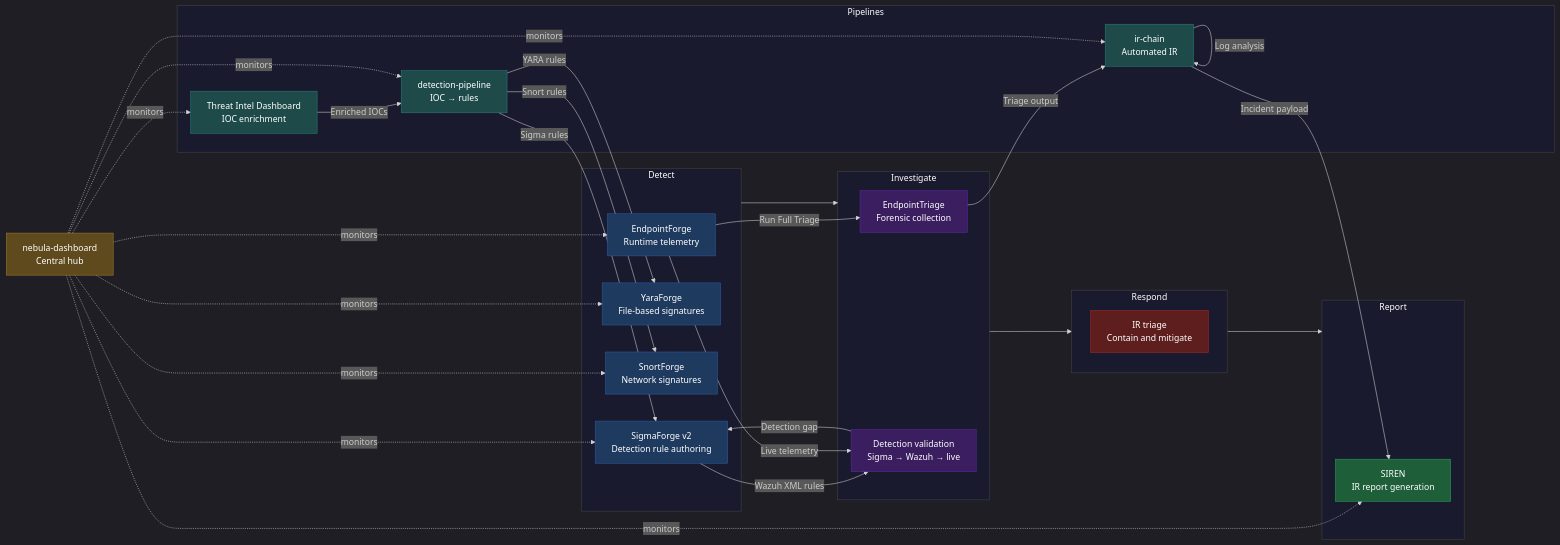
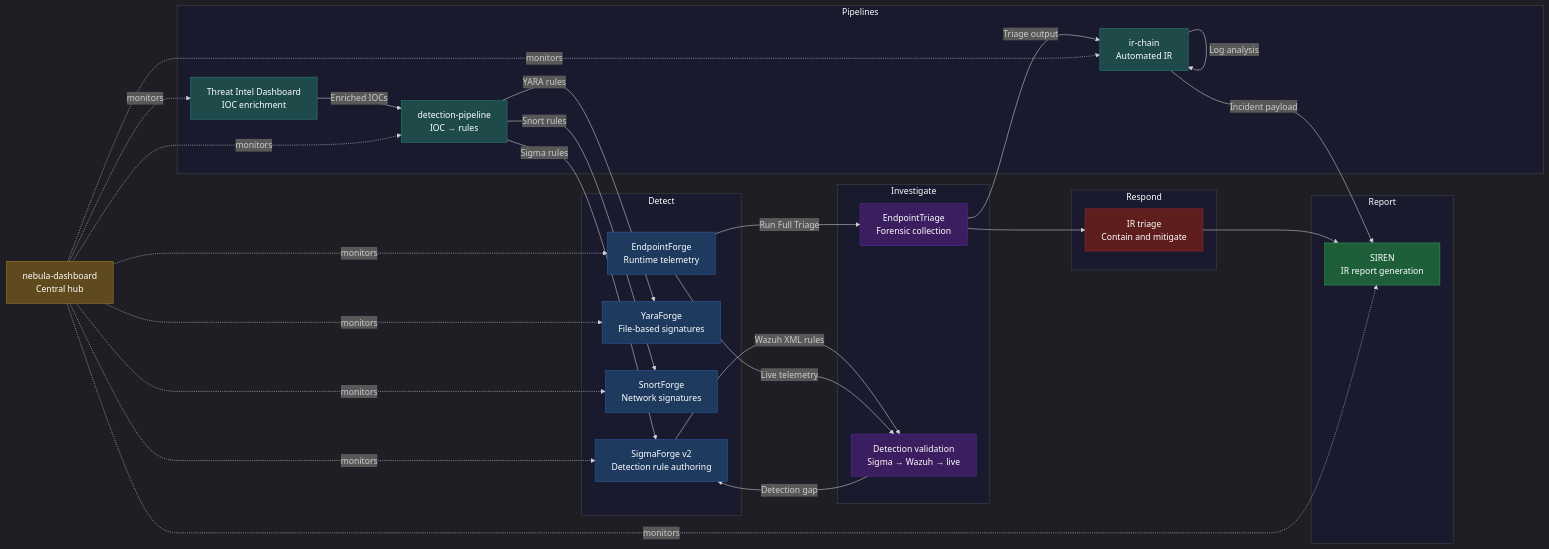
Before and after one commit to Rootless-Ghost/Nebula-Forge: the diagram in README.md, drawn with Mermaid.

````diff
--- a/README.md
+++ b/README.md
@@ -17,71 +17,71 @@
 ```mermaid
 %%{init: {'theme': 'dark', 'themeVariables': {'clusterBkg': '#1a1a2e', 'clusterBorder': '#444', 'titleColor': '#ffffff'}}}%%
 flowchart LR
     subgraph Detect
         SF[SigmaForge v2\nDetection rule authoring]
         YF[YaraForge\nFile-based signatures]
         SNF[SnortForge\nNetwork signatures]
         EF[EndpointForge\nRuntime telemetry]
     end
 
     subgraph Investigate
         ET[EndpointTriage\nForensic collection]
         DV[Detection validation\nSigma → Wazuh → live]
     end
 
     subgraph Respond
         IR[IR triage\nContain and mitigate]
     end
 
     subgraph Report
         SR[SIREN\nIR report generation]
     end
 
     subgraph Pipelines
         TI[Threat Intel Dashboard\nIOC enrichment]
         DP[detection-pipeline\nIOC → rules]
         IC[ir-chain\nAutomated IR]
     end
 
     ND[nebula-dashboard\nCentral hub]
 
-    Detect --> Investigate --> Respond --> Report
-
     SF -->|Wazuh XML rules| DV
     EF -->|Live telemetry| DV
     EF -->|Run Full Triage| ET
     DV -->|Detection gap| SF
+    ET --> IR
+    IR --> SR
 
     TI -->|Enriched IOCs| DP
     DP -->|Sigma rules| SF
     DP -->|YARA rules| YF
     DP -->|Snort rules| SNF
 
     ET -->|Triage output| IC
     IC -->|Log analysis| IC
     IC -->|Incident payload| SR
 
     ND -.->|monitors| SF
     ND -.->|monitors| YF
     ND -.->|monitors| SNF
     ND -.->|monitors| EF
     ND -.->|monitors| TI
     ND -.->|monitors| SR
     ND -.->|monitors| DP
     ND -.->|monitors| IC
 
     classDef detect     fill:#1e3a5f,stroke:#2a5a9f,color:#fff
     classDef investigate fill:#3a1e5f,stroke:#5a2a9f,color:#fff
     classDef respond    fill:#5f1e1e,stroke:#9f2a2a,color:#fff
     classDef report     fill:#1e5f3a,stroke:#2a9f5a,color:#fff
     classDef pipeline   fill:#1e4a4a,stroke:#2a7a7a,color:#fff
     classDef hub        fill:#5f4a1e,stroke:#9f7a2a,color:#fff
 
     class SF,YF,SNF,EF detect
     class ET,DV investigate
     class IR respond
     class SR report
     class TI,DP,IC pipeline
     class ND hub
 
 ```
````
